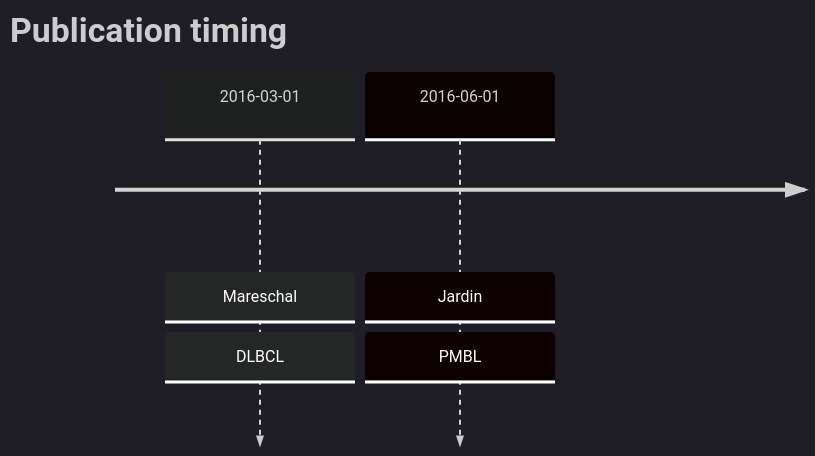
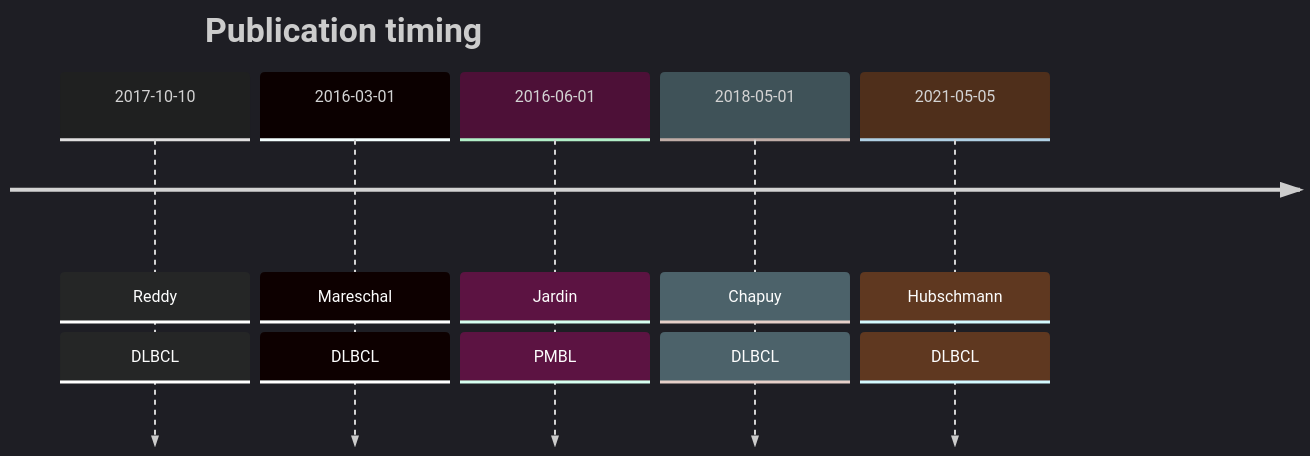
Before and after one commit to morinlab/lymphopedia: the diagram in XPO1.md, drawn with Mermaid. The commit also changed other lines of this file, not shown here.

````diff
--- a/XPO1.md
+++ b/XPO1.md
@@ -10,7 +10,10 @@
 ```mermaid
 %%{init: { 'logLevel': 'debug', 'theme': 'dark' } }%%
 timeline
     title Publication timing
+2017-10-10 : Reddy : DLBCL
       2016-03-01 : Mareschal : DLBCL
       2016-06-01 : Jardin : PMBL
+2018-05-01 : Chapuy : DLBCL
+2021-05-05 : Hubschmann : DLBCL
 ```
````
